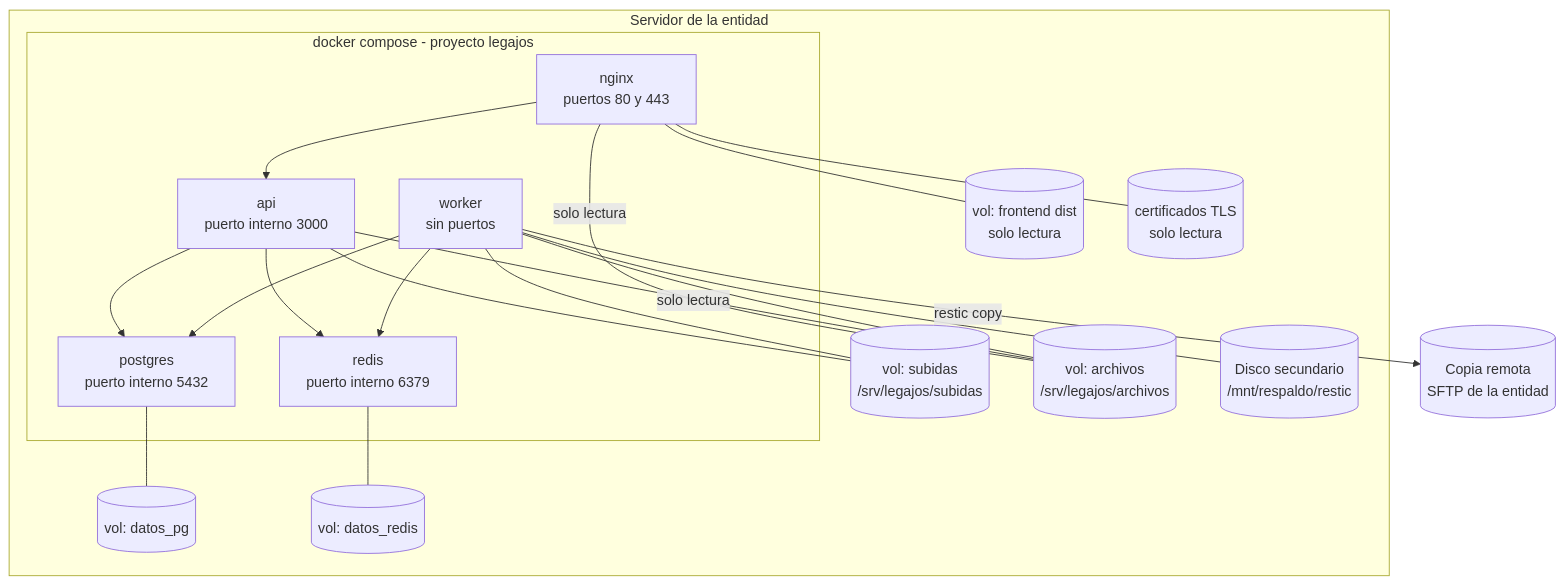
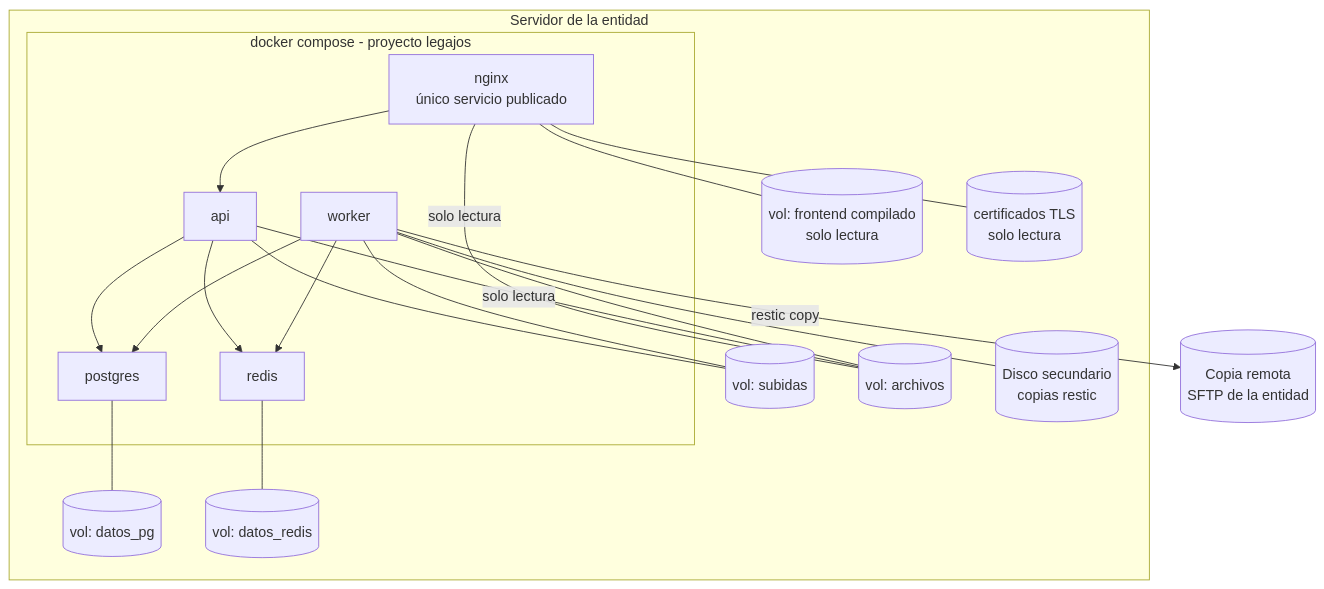
One commit to Jose27luis/legajo changed the second of 21 diagrams in README.md. Above: the diagram before and after it, drawn with Mermaid. The commit also changed other lines of this file, not shown here.

````diff
--- a/README.md
+++ b/README.md
@@ -88,37 +88,37 @@
 ```mermaid
 flowchart TB
     subgraph host["Servidor de la entidad"]
         subgraph compose["docker compose - proyecto legajos"]
-            C_NGX["nginx<br/>puertos 80 y 443"]
-            C_API["api<br/>puerto interno 3000"]
-            C_WRK["worker<br/>sin puertos"]
-            C_PG["postgres<br/>puerto interno 5432"]
-            C_RDS["redis<br/>puerto interno 6379"]
+            C_NGX["nginx<br/>único servicio publicado"]
+            C_API["api"]
+            C_WRK["worker"]
+            C_PG["postgres"]
+            C_RDS["redis"]
         end
         V_PG[("vol: datos_pg")]
         V_RDS[("vol: datos_redis")]
-        V_SUB[("vol: subidas<br/>/srv/legajos/subidas")]
-        V_ARC[("vol: archivos<br/>/srv/legajos/archivos")]
-        V_WEB[("vol: frontend dist<br/>solo lectura")]
+        V_SUB[("vol: subidas")]
+        V_ARC[("vol: archivos")]
+        V_WEB[("vol: frontend compilado<br/>solo lectura")]
         V_TLS[("certificados TLS<br/>solo lectura")]
-        DISCO2[("Disco secundario<br/>/mnt/respaldo/restic")]
+        DISCO2[("Disco secundario<br/>copias restic")]
     end
     REMOTO[("Copia remota<br/>SFTP de la entidad")]
 
     C_NGX --- V_WEB
     C_NGX --- V_TLS
     C_NGX ---|"solo lectura"| V_ARC
     C_API --- V_SUB
     C_API ---|"solo lectura"| V_ARC
     C_WRK --- V_SUB
     C_WRK --- V_ARC
     C_WRK --- DISCO2
     C_PG --- V_PG
     C_RDS --- V_RDS
     C_NGX --> C_API
     C_API --> C_PG
     C_API --> C_RDS
     C_WRK --> C_PG
     C_WRK --> C_RDS
     C_WRK -->|"restic copy"| REMOTO
 ```
````
